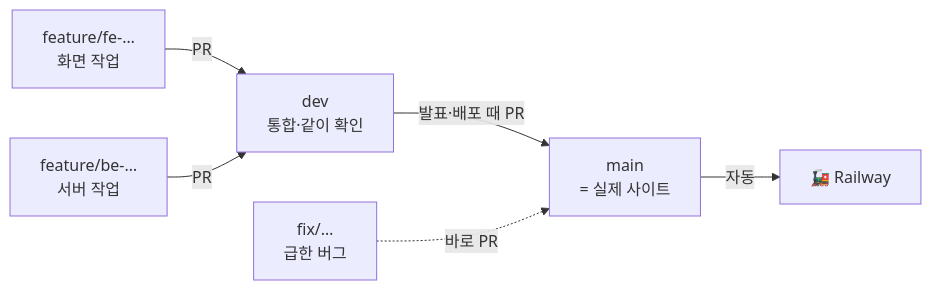
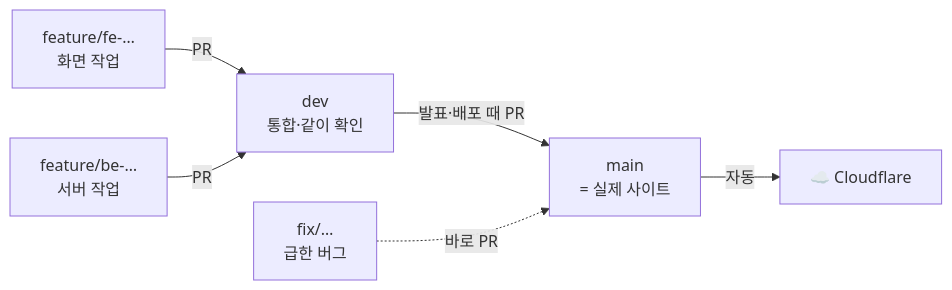
The second of 2 diagrams in docs/CODE-REVIEW.md (10x4hs/p-art), drawn with Mermaid before and after one commit. The commit also changed other lines of this file and 5 other files, not shown here.

````diff
--- a/docs/CODE-REVIEW.md
+++ b/docs/CODE-REVIEW.md
@@ -71,8 +75,8 @@
 ```mermaid
 flowchart LR
   F1["feature/fe-…<br/>화면 작업"] -- PR --> DEV
   F2["feature/be-…<br/>서버 작업"] -- PR --> DEV
   DEV["dev<br/>통합·같이 확인"] -- "발표·배포 때 PR" --> MAIN["main<br/>= 실제 사이트"]
-  MAIN -- 자동 --> RW["🚂 Railway"]
+  MAIN -- 자동 --> RW["☁️ Cloudflare"]
   FIX["fix/…<br/>급한 버그"] -. "바로 PR" .-> MAIN
 ```
````
